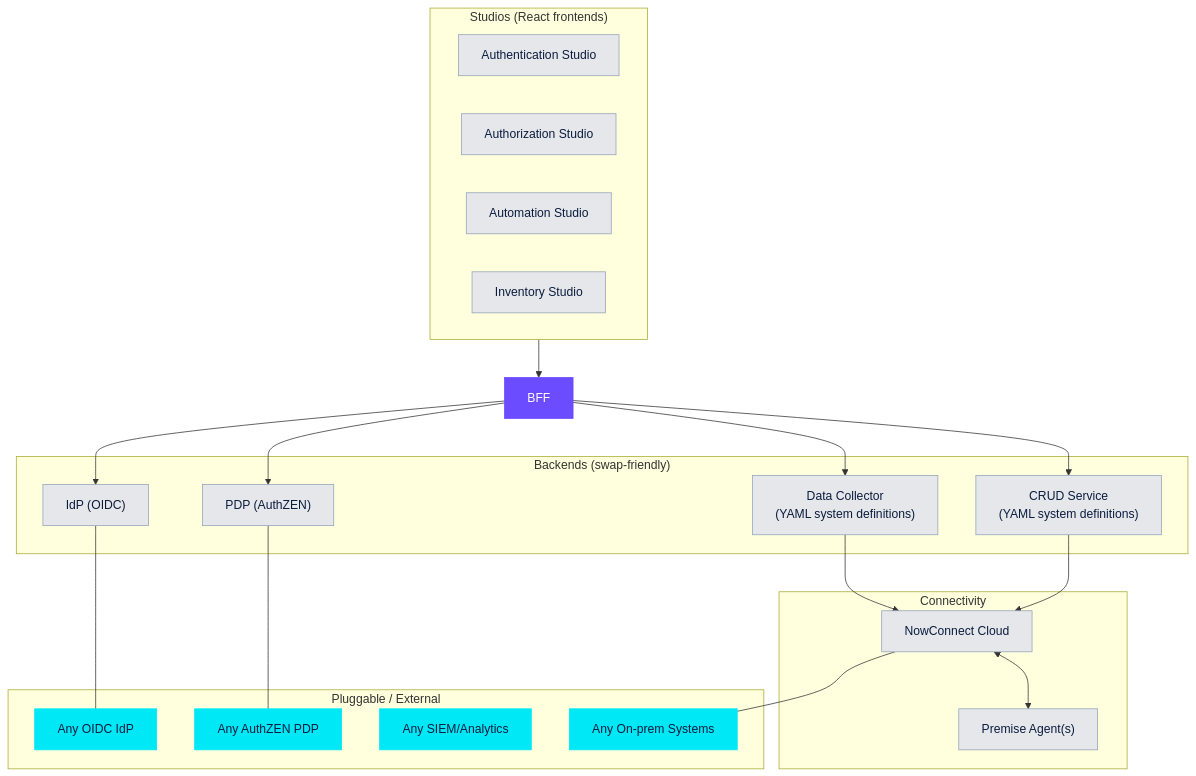
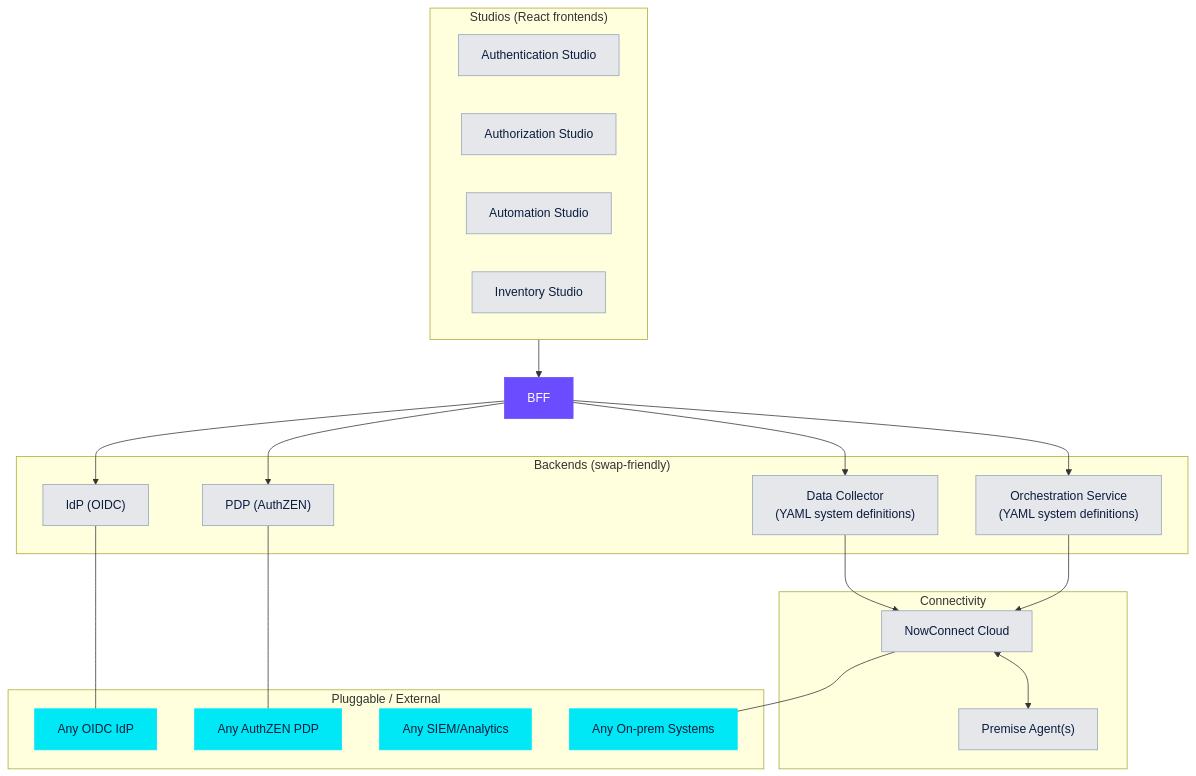
One commit to empowerID/empowernow_docs changed the fourth of 4 diagrams in docs/marketing/identity-fabric-standards.md. Above: the diagram before and after it, drawn with Mermaid. The commit also changed other lines of this file and 82 other files, not shown here.

````diff
--- a/docs/marketing/identity-fabric-standards.md
+++ b/docs/marketing/identity-fabric-standards.md
@@ -239,45 +239,45 @@
 ```mermaid
 flowchart TB
   classDef comp fill:#e5e7eb,stroke:#94a3b8,color:#0b1c3d
   classDef hot fill:#6C4CFF,stroke:#6C4CFF,color:#fff
   classDef cool fill:#00E7F6,stroke:#00E7F6,color:#0B1C3D
 
   subgraph UI["Studios (React frontends)"]
     S1["Authentication Studio"]:::comp
     S2["Authorization Studio"]:::comp
     S3["Automation Studio"]:::comp
     S4["Inventory Studio"]:::comp
   end
 
   BFF["BFF"]:::hot
   UI --> BFF
 
   subgraph Svc["Backends (swap‑friendly)"]
     IDP["IdP (OIDC)"]:::comp
     PDP["PDP (AuthZEN)"]:::comp
-    CRUD["CRUD Service\n(YAML system definitions)"]:::comp
+    CRUD["Orchestration Service\n(YAML system definitions)"]:::comp
     DC["Data Collector\n(YAML system definitions)"]:::comp
   end
   BFF --> IDP
   BFF --> PDP
   BFF --> CRUD
   BFF --> DC
 
   subgraph NC["Connectivity"]
     NCC["NowConnect Cloud"]:::comp
     NCP["Premise Agent(s)"]:::comp
   end
   CRUD --> NCC
   DC   --> NCC
   NCC <--> NCP
 
   subgraph Ext["Pluggable / External"]
     AnyIdP["Any OIDC IdP"]:::cool
     AnyPDP["Any AuthZEN PDP"]:::cool
     AnySIEM["Any SIEM/Analytics"]:::cool
     AnySys["Any On‑prem Systems"]:::cool
   end
   IDP --- AnyIdP
   PDP --- AnyPDP
   NCC --- AnySys
 ```
````
